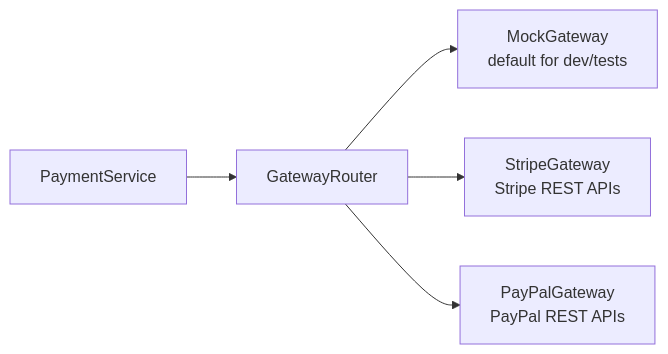
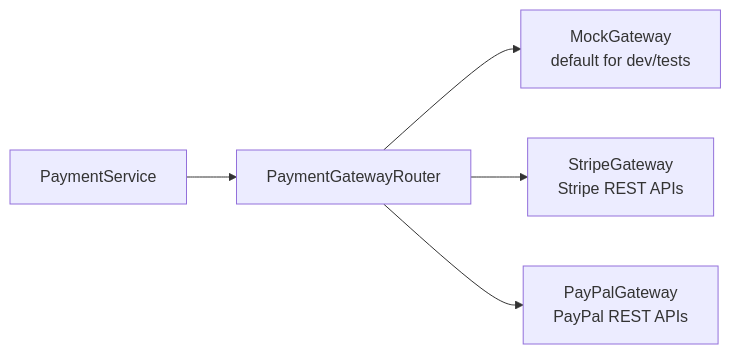
The second of 2 diagrams in docs/architecture/README.md (wilddog64/shopping-cart-payment), drawn with Mermaid before and after one commit. The commit also changed other lines of this file, not shown here.

Commit message:
docs: fix Copilot findings — subgraph id conflict, GatewayRouter naming

````diff
--- a/docs/architecture/README.md
+++ b/docs/architecture/README.md
@@ -36,7 +36,7 @@
 ```mermaid
 graph LR
-    PS[PaymentService] --> GR[GatewayRouter]
+    PS[PaymentService] --> GR[PaymentGatewayRouter]
     GR --> MG[MockGateway\ndefault for dev/tests]
     GR --> SG[StripeGateway\nStripe REST APIs]
     GR --> PP[PayPalGateway\nPayPal REST APIs]
 ```
````
